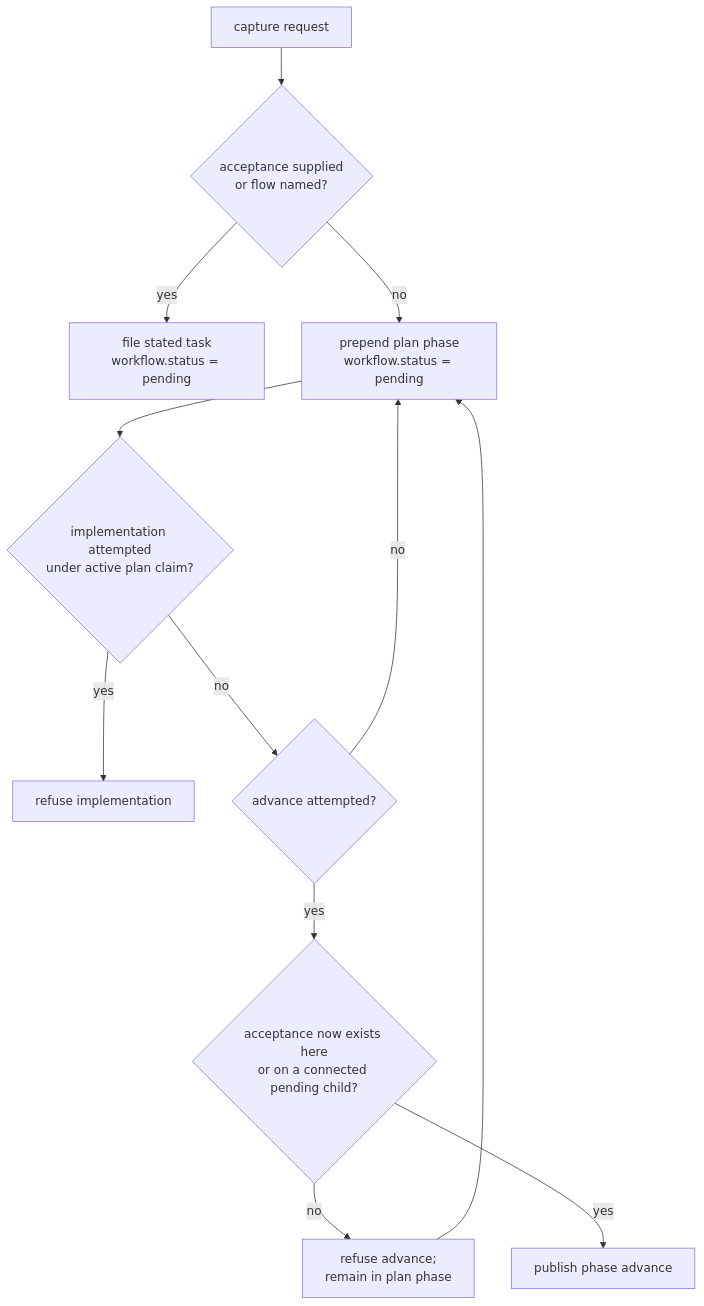
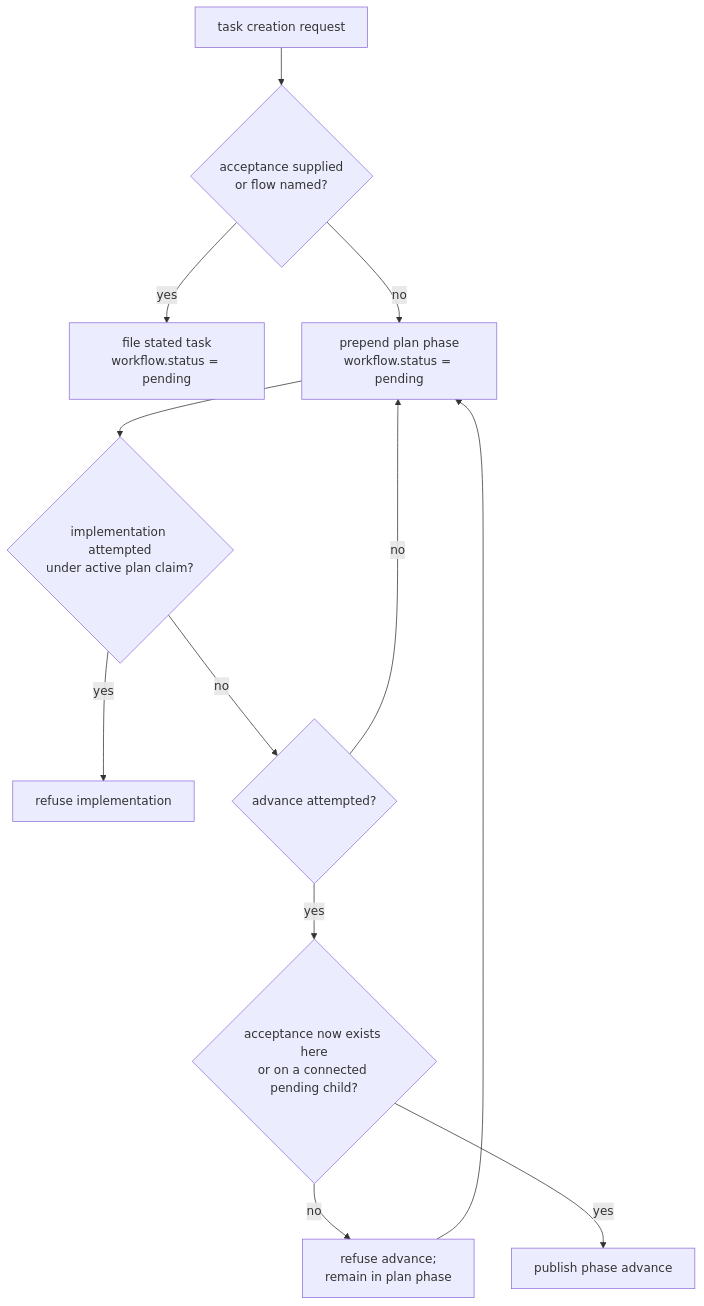
The fourth of 20 diagrams in docs/product/model/states.md (infimalabs/spice-rust), drawn with Mermaid before and after one commit. The commit also changed other lines of this file and 11 other files, not shown here.

Commit message:
task: Make compound capture failure-safe CAPTURE-dVVDvDgH4

````diff
--- a/docs/product/model/states.md
+++ b/docs/product/model/states.md
@@ -101,14 +101,14 @@
 ```mermaid
 flowchart TD
-  C["capture request"] --> Q{"acceptance supplied<br/>or flow named?"}
+  C["task creation request"] --> Q{"acceptance supplied<br/>or flow named?"}
   Q -- yes --> S["file stated task<br/>workflow.status = pending"]
   Q -- no --> P["prepend plan phase<br/>workflow.status = pending"]
   P --> I{"implementation attempted<br/>under active plan claim?"}
   I -- yes --> R["refuse implementation"]
   I -- no --> A{"advance attempted?"}
   A -- no --> P
   A -- yes --> E{"acceptance now exists here<br/>or on a connected pending child?"}
   E -- no --> H["refuse advance;<br/>remain in plan phase"]
   E -- yes --> N["publish phase advance"]
   H --> P
 ```
````
